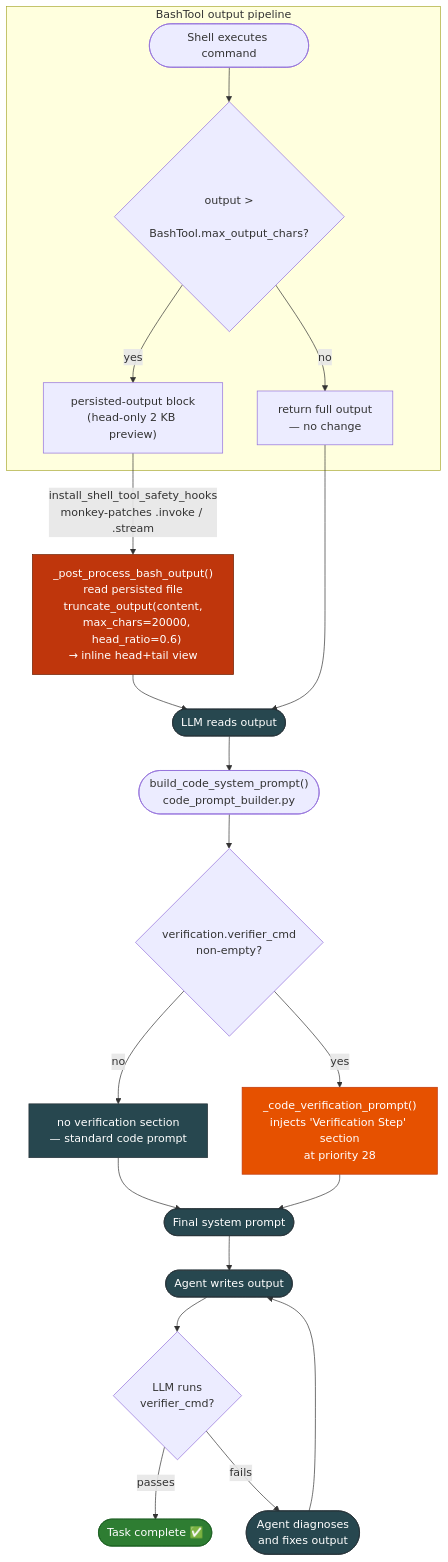
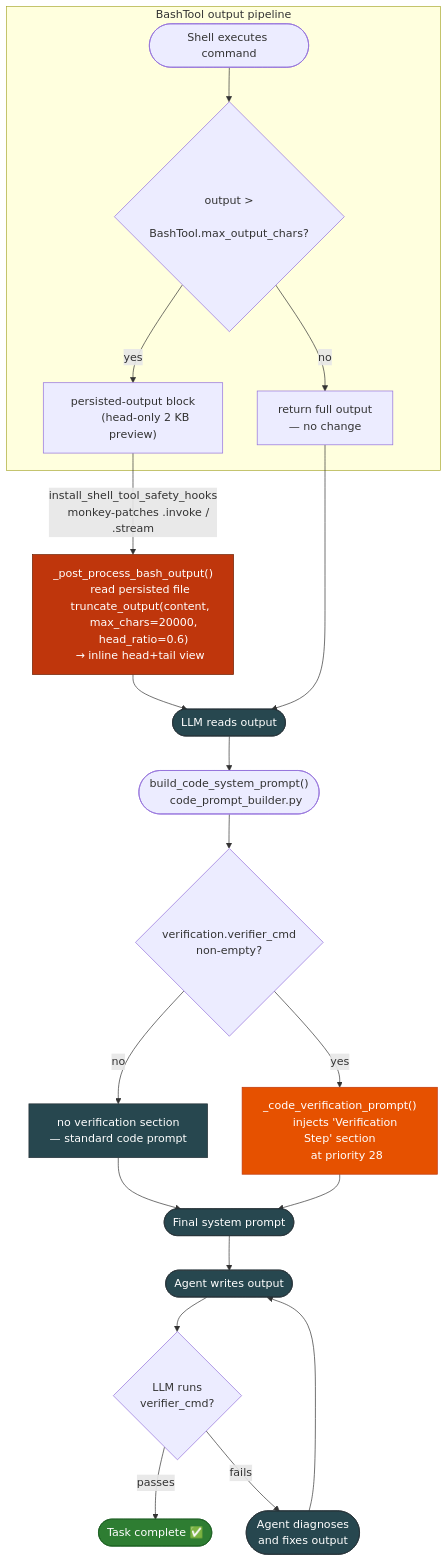
One commit to michaelatamuk/openjiuwen-jiuwenswarm changed the eighth of 9 diagrams in docs-michael/Implementation.Overview.md. Above: the diagram before and after it, drawn with Mermaid. The commit also changed other lines of this file, not shown here.

````diff
--- a/docs-michael/Implementation.Overview.md
+++ b/docs-michael/Implementation.Overview.md
@@ -993,38 +993,53 @@
 ```mermaid
 flowchart TD
     classDef post fill:#BF360C,color:#fff,stroke:#6f2407
     classDef done fill:#2E7D32,color:#fff,stroke:#1B5E20
     classDef pre  fill:#E65100,color:#fff,stroke:#BF360C
     classDef io   fill:#27474F,color:#fff,stroke:#263238
 
     subgraph tool ["BashTool output pipeline"]
         SHELL(["Shell executes command"])
         SHELL --> TRUNC{"output >
         BashTool.max_output_chars?"}
-        TRUNC -->|"no"| RET_FULL["return full output\n— no change"]
-        TRUNC -->|"yes"| PERSIST["persisted-output block\n(head-only 2 KB preview)"]
+        TRUNC -->|"no"| RET_FULL["return full output
+        — no change"]
+        TRUNC -->|"yes"| PERSIST["persisted-output block
+        (head-only 2 KB preview)"]
     end
 
-    PERSIST -->|"install_shell_tool_safety_hooks\nmonkey-patches .invoke / .stream"| PP["_post_process_bash_output()\nread persisted file\ntruncate_output(content,\n  max_chars=20000,\n  head_ratio=0.6)\n→ inline head+tail view"]:::post
+    PERSIST -->|"install_shell_tool_safety_hooks
+    monkey-patches .invoke / .stream"| PP["_post_process_bash_output()
+    read persisted file
+    truncate_output(content,
+      max_chars=20000,
+      head_ratio=0.6)
+    → inline head+tail view"]:::post
 
     PP & RET_FULL --> LLM(["LLM reads output"]):::io
 
-    LLM --> BUILD(["build_code_system_prompt()\ncode_prompt_builder.py"])
+    LLM --> BUILD(["build_code_system_prompt()
+    code_prompt_builder.py"])
 
-    BUILD --> VCFG{"verification.verifier_cmd\nnon-empty?"}
+    BUILD --> VCFG{"verification.verifier_cmd
+    non-empty?"}
 
-    VCFG -->|"no"| NO_VER["no verification section\n— standard code prompt"]:::io
+    VCFG -->|"no"| NO_VER["no verification section
+    — standard code prompt"]:::io
 
-    VCFG -->|"yes"| VSEC["_code_verification_prompt()\ninjects 'Verification Step' section\nat priority 28"]:::pre
+    VCFG -->|"yes"| VSEC["_code_verification_prompt()
+    injects 'Verification Step' section
+    at priority 28"]:::pre
 
     NO_VER & VSEC --> PROMPT(["Final system prompt"]):::io
 
     PROMPT --> AGENT(["Agent writes output"]):::io
 
-    AGENT --> VCMD{"LLM runs\nverifier_cmd?"}
+    AGENT --> VCMD{"LLM runs
+    verifier_cmd?"}
 
     VCMD -->|"passes"| DONE(["Task complete ✅"]):::done
-    VCMD -->|"fails"| DIAG(["Agent diagnoses\nand fixes output"]):::io
+    VCMD -->|"fails"| DIAG(["Agent diagnoses
+    and fixes output"]):::io
 
     DIAG --> AGENT
 ```
````
